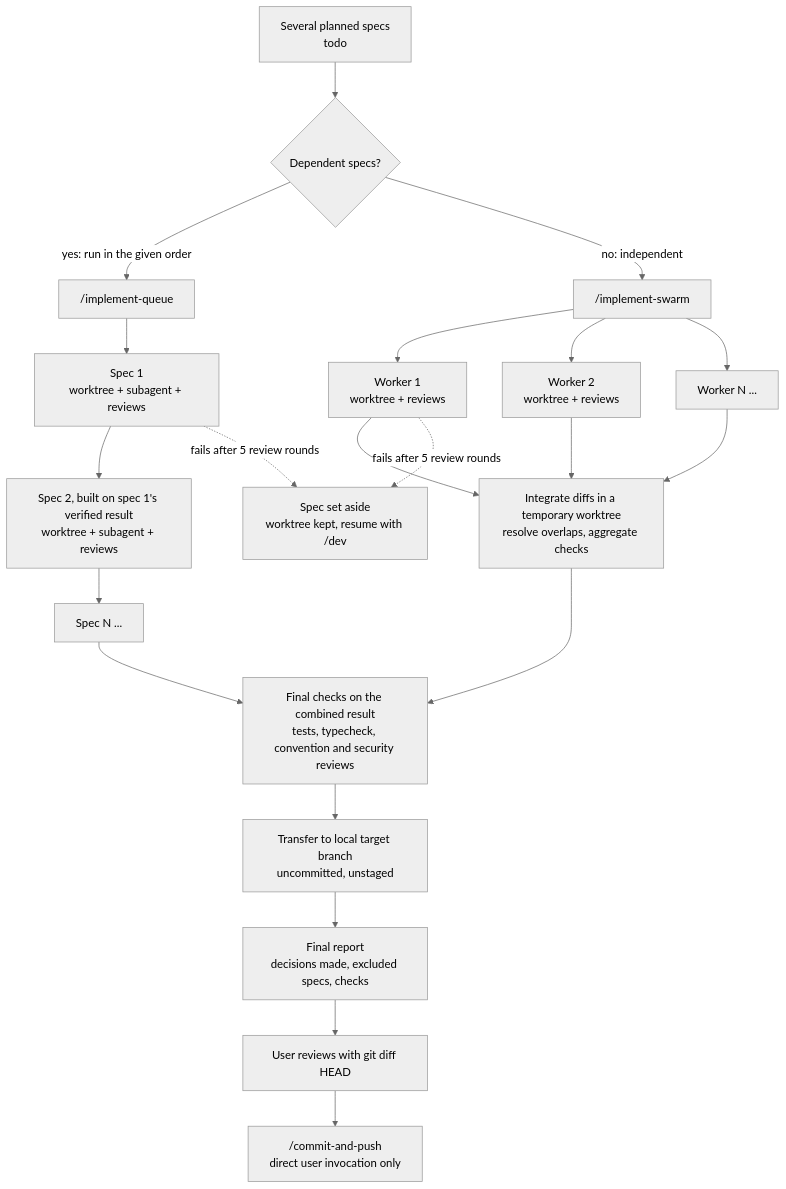
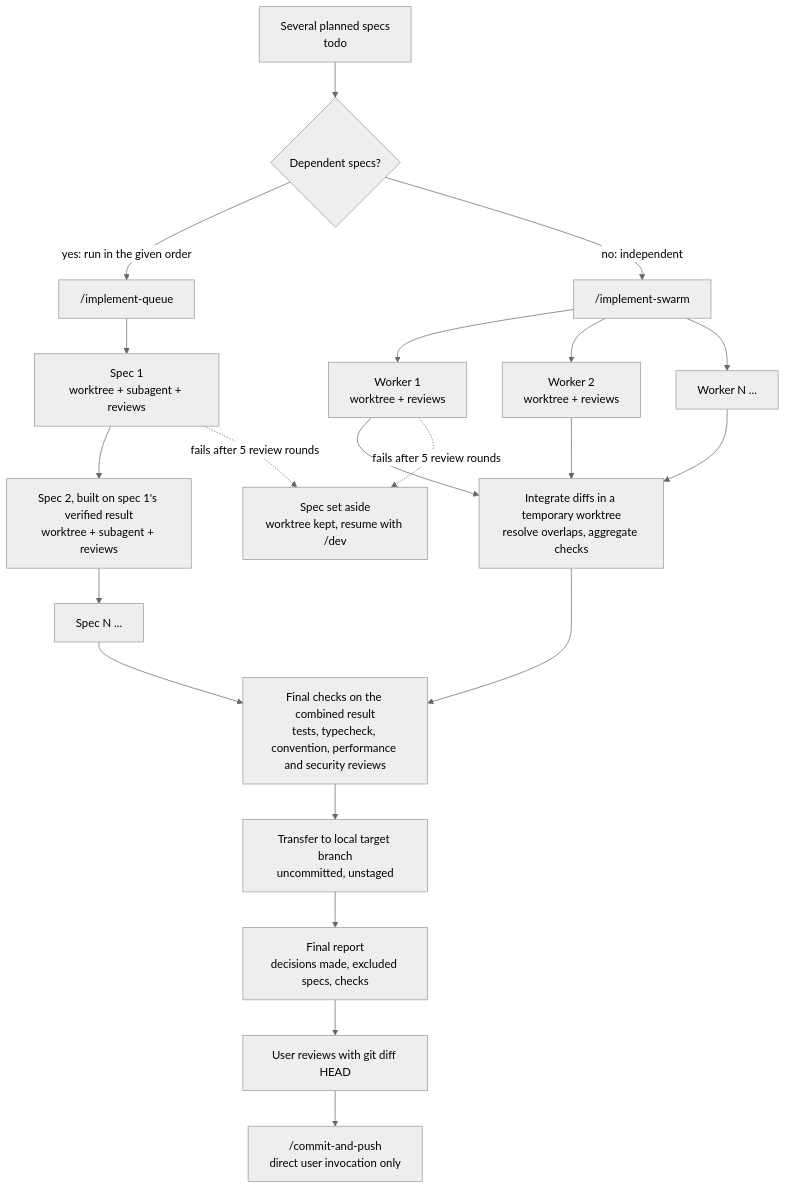
One commit to the-blue-coder/agentic-starter changed the fifth of 5 diagrams in README.md. Above: the diagram before and after it, drawn with Mermaid (neutral theme). The commit also changed other lines of this file and 26 other files, not shown here.

````diff
--- a/README.md
+++ b/README.md
@@ -140,27 +154,27 @@
 ```mermaid
 flowchart TD
   specs["Several planned specs<br/>todo"] --> mode{"Dependent specs?"}
 
   mode -- "yes: run in the given order" --> queue["/implement-queue"]
   queue --> q1["Spec 1<br/>worktree + subagent + reviews"]
   q1 --> q2["Spec 2, built on spec 1's verified result<br/>worktree + subagent + reviews"]
   q2 --> qn["Spec N ..."]
-  qn --> final["Final checks on the combined result<br/>tests, typecheck, convention and security reviews"]
+  qn --> final["Final checks on the combined result<br/>tests, typecheck, convention, performance and security reviews"]
 
   mode -- "no: independent" --> swarm["/implement-swarm"]
   swarm --> w1["Worker 1<br/>worktree + reviews"]
   swarm --> w2["Worker 2<br/>worktree + reviews"]
   swarm --> wn["Worker N ..."]
   w1 --> integrate["Integrate diffs in a temporary worktree<br/>resolve overlaps, aggregate checks"]
   w2 --> integrate
   wn --> integrate
   integrate --> final
 
   q1 -. "fails after 5 review rounds" .-> excluded["Spec set aside<br/>worktree kept, resume with /dev"]
   w1 -. "fails after 5 review rounds" .-> excluded
 
   final --> transfer["Transfer to local target branch<br/>uncommitted, unstaged"]
   transfer --> report["Final report<br/>decisions made, excluded specs, checks"]
   report --> review["User reviews with git diff HEAD"]
   review --> ship["/commit-and-push<br/>direct user invocation only"]
 ```
````
